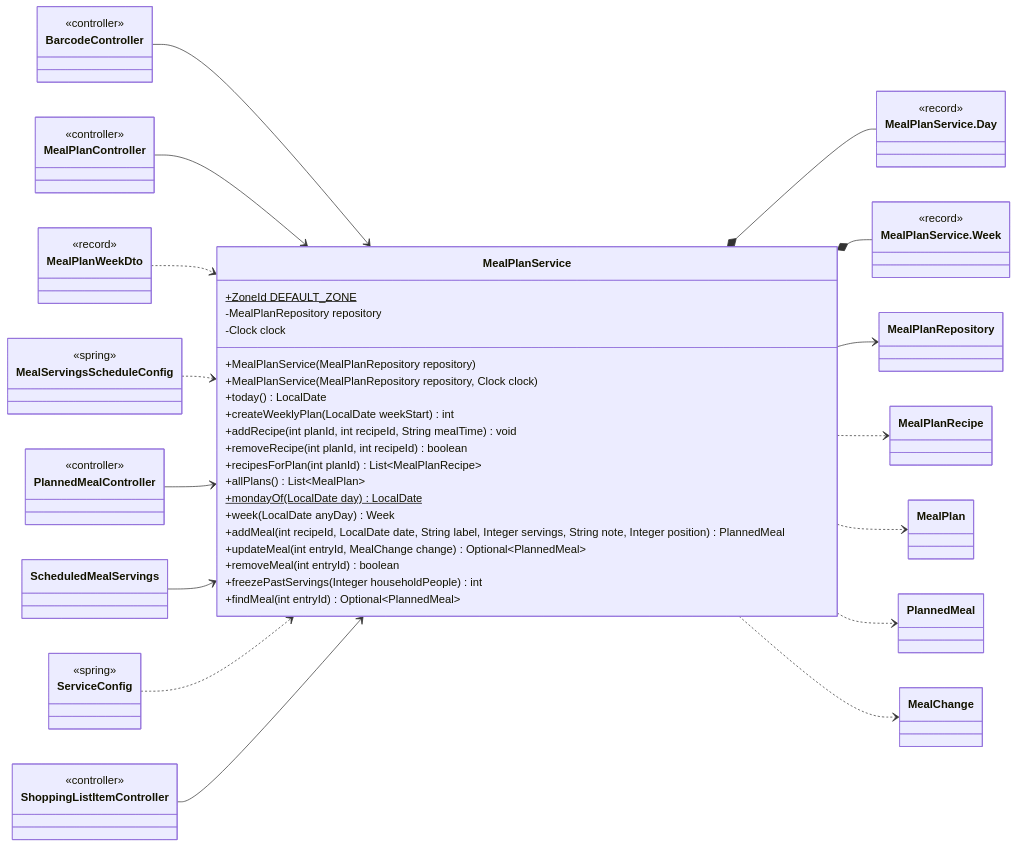
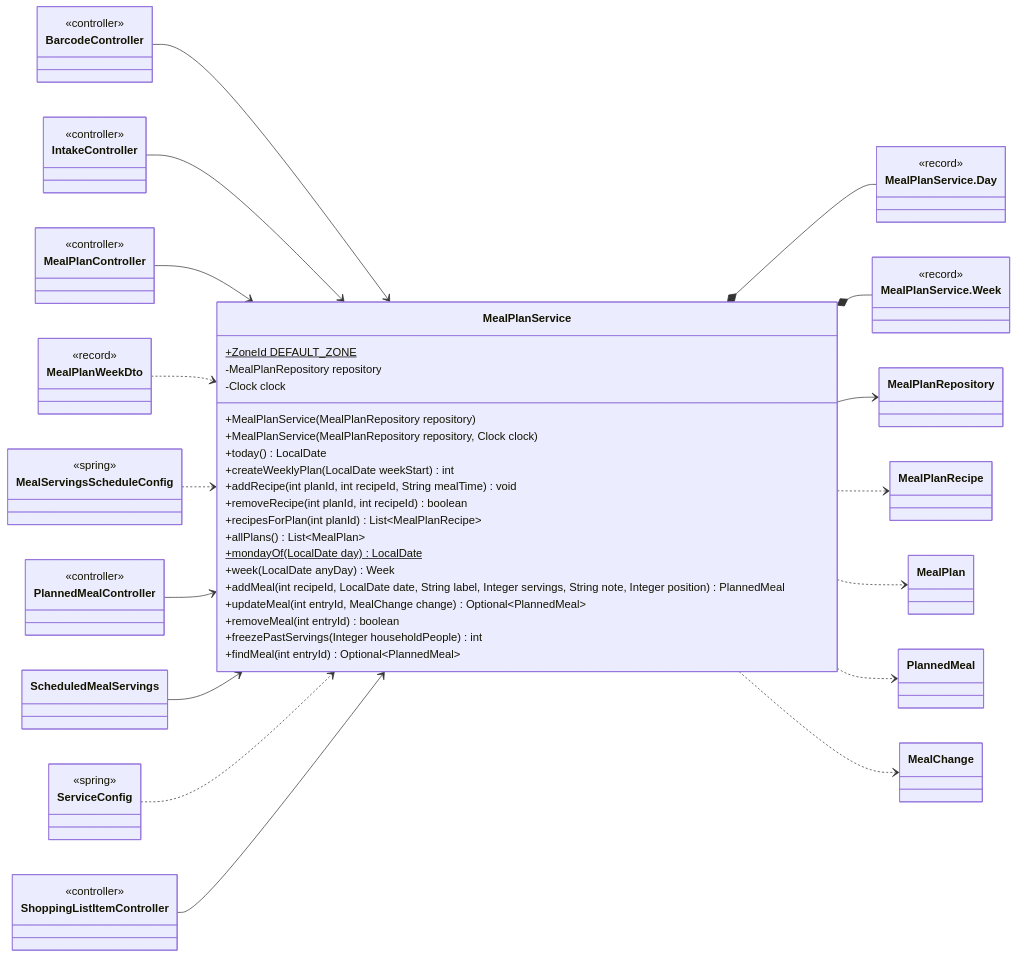
The sixth of 26 diagrams in docs/classes/mealplanner.md (Nate-ryan-7690/dahaem), drawn with Mermaid before and after one commit. The commit also changed other lines of this file and 6 other files, not shown here.

````diff
--- a/docs/classes/mealplanner.md
+++ b/docs/classes/mealplanner.md
@@ -368,72 +368,76 @@
 ```mermaid
 classDiagram
     direction LR
     class mealplanner_MealPlanService["MealPlanService"] {
         +ZoneId DEFAULT_ZONE$
         -MealPlanRepository repository
         -Clock clock
         +MealPlanService(MealPlanRepository repository)
         +MealPlanService(MealPlanRepository repository, Clock clock)
         +today() LocalDate
         +createWeeklyPlan(LocalDate weekStart) int
         +addRecipe(int planId, int recipeId, String mealTime) void
         +removeRecipe(int planId, int recipeId) boolean
         +recipesForPlan(int planId) List~MealPlanRecipe~
         +allPlans() List~MealPlan~
         +mondayOf(LocalDate day) LocalDate$
         +week(LocalDate anyDay) Week
         +addMeal(int recipeId, LocalDate date, String label, Integer servings, String note, Integer position) PlannedMeal
         +updateMeal(int entryId, MealChange change) Optional~PlannedMeal~
         +removeMeal(int entryId) boolean
         +freezePastServings(Integer householdPeople) int
         +findMeal(int entryId) Optional~PlannedMeal~
     }
     class mealplanner_MealPlanService_Day["MealPlanService.Day"] {
         <<record>>
     }
     class mealplanner_MealPlanService_Week["MealPlanService.Week"] {
         <<record>>
     }
     class mealplanner_MealPlanRepository["MealPlanRepository"]
     class api_BarcodeController["BarcodeController"] {
         <<controller>>
     }
+    class api_IntakeController["IntakeController"] {
+        <<controller>>
+    }
     class api_MealPlanController["MealPlanController"] {
         <<controller>>
     }
     class api_PlannedMealController["PlannedMealController"] {
         <<controller>>
     }
     class api_ScheduledMealServings["ScheduledMealServings"]
     class api_ShoppingListItemController["ShoppingListItemController"] {
         <<controller>>
     }
     class mealplanner_MealPlanRecipe["MealPlanRecipe"]
     class mealplanner_MealPlan["MealPlan"]
     class mealplanner_PlannedMeal["PlannedMeal"]
     class mealplanner_MealChange["MealChange"]
     class api_MealPlanWeekDto["MealPlanWeekDto"] {
         <<record>>
     }
     class api_MealServingsScheduleConfig["MealServingsScheduleConfig"] {
         <<spring>>
     }
     class api_ServiceConfig["ServiceConfig"] {
         <<spring>>
     }
     mealplanner_MealPlanService *-- mealplanner_MealPlanService_Day
     mealplanner_MealPlanService *-- mealplanner_MealPlanService_Week
     mealplanner_MealPlanService --> mealplanner_MealPlanRepository
     mealplanner_MealPlanService ..> mealplanner_MealPlanRecipe
     mealplanner_MealPlanService ..> mealplanner_MealPlan
     mealplanner_MealPlanService ..> mealplanner_PlannedMeal
     mealplanner_MealPlanService ..> mealplanner_MealChange
     api_BarcodeController --> mealplanner_MealPlanService
+    api_IntakeController --> mealplanner_MealPlanService
     api_MealPlanController --> mealplanner_MealPlanService
     api_MealPlanWeekDto ..> mealplanner_MealPlanService
     api_MealServingsScheduleConfig ..> mealplanner_MealPlanService
     api_PlannedMealController --> mealplanner_MealPlanService
     api_ScheduledMealServings --> mealplanner_MealPlanService
     api_ServiceConfig ..> mealplanner_MealPlanService
     api_ShoppingListItemController --> mealplanner_MealPlanService
 ```
````
